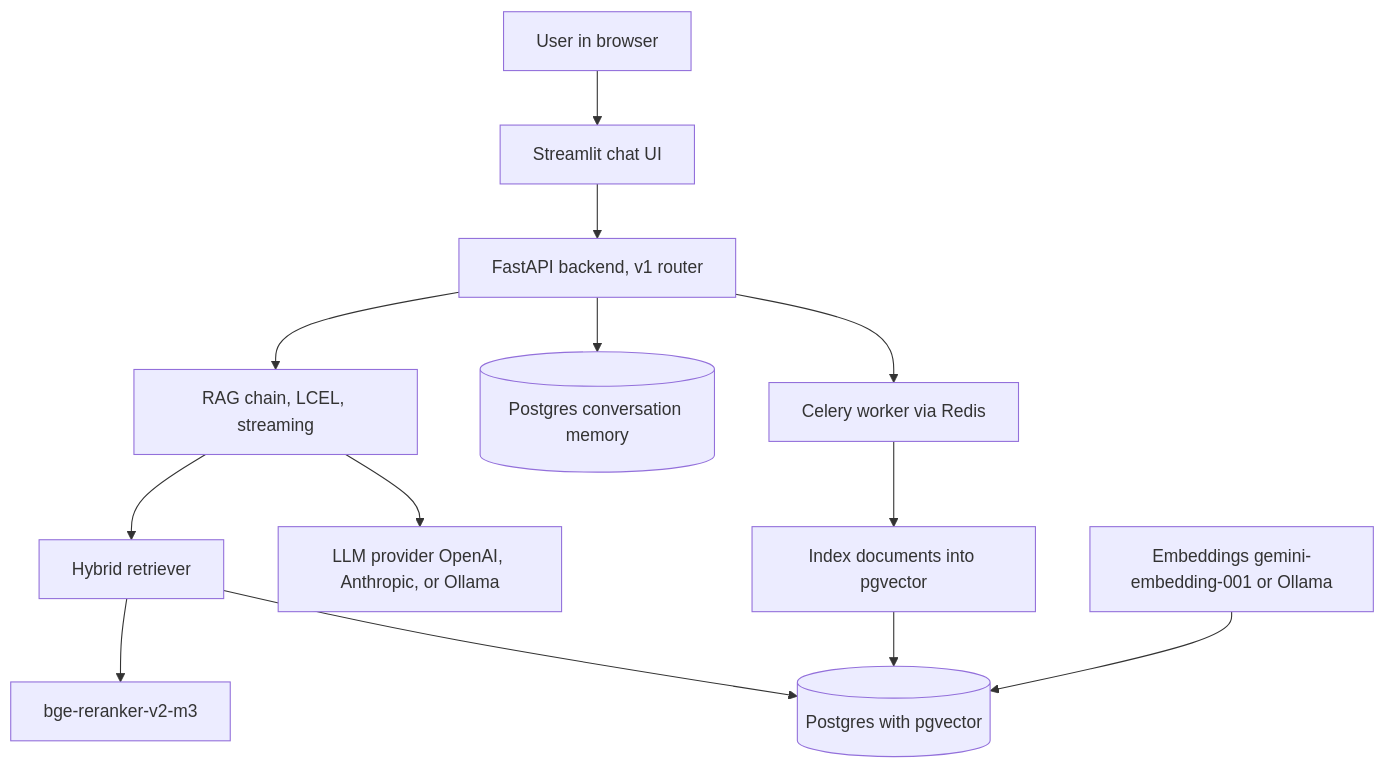
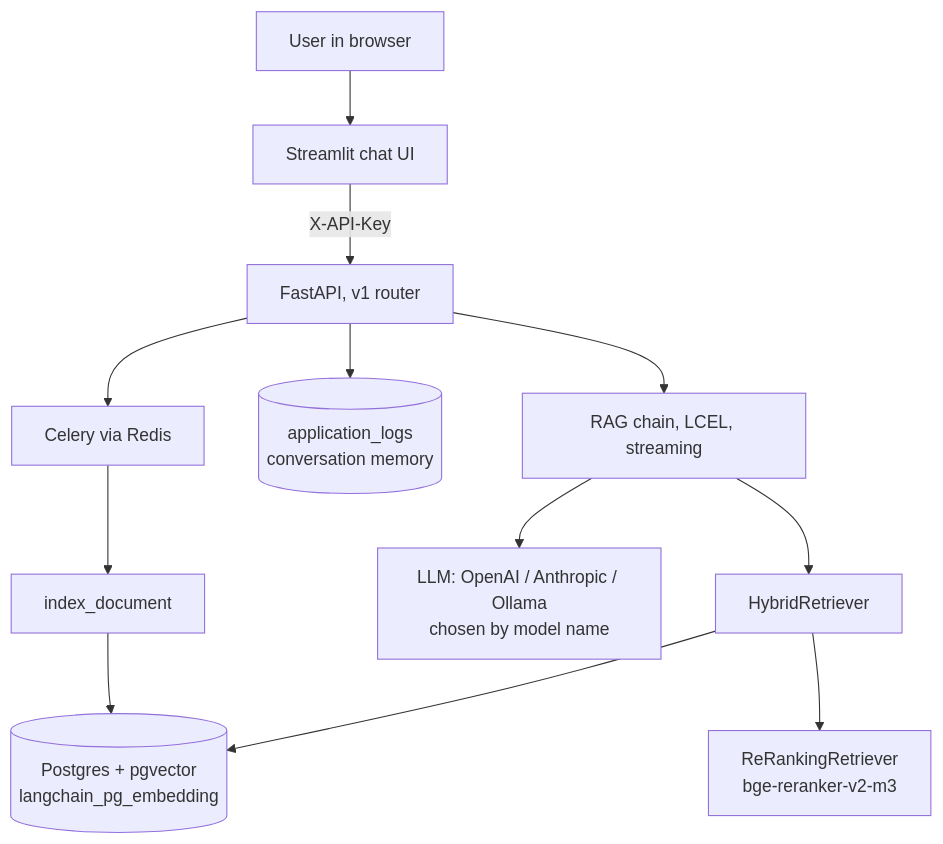
The first of 4 diagrams in README.md (mlvpatel/RagFlowPro), drawn with Mermaid before and after one commit. The commit also changed other lines of this file, not shown here.

Commit message:
Rewrite README: correct the RAGAS claim, repoint names, document the pipelines

````diff
--- a/README.md
+++ b/README.md
@@ -43,15 +29,14 @@
 ```mermaid
 graph TD
     User[User in browser] --> UI[Streamlit chat UI]
-    UI --> API[FastAPI backend, v1 router]
+    UI -->|X-API-Key| API[FastAPI, v1 router]
     API --> Chain[RAG chain, LCEL, streaming]
-    API --> Memory[(Postgres conversation memory)]
-    Chain --> Retriever[Hybrid retriever]
-    Retriever --> PG[(Postgres with pgvector)]
-    Retriever --> Reranker[bge-reranker-v2-m3]
-    Chain --> LLM[LLM provider OpenAI, Anthropic, or Ollama]
-    API --> Queue[Celery worker via Redis]
-    Queue --> Index[Index documents into pgvector]
+    API --> Memory[(application_logs<br/>conversation memory)]
+    Chain --> Retriever[HybridRetriever]
+    Retriever --> PG[(Postgres + pgvector<br/>langchain_pg_embedding)]
+    Retriever --> Reranker[ReRankingRetriever<br/>bge-reranker-v2-m3]
+    Chain --> LLM[LLM: OpenAI / Anthropic / Ollama<br/>chosen by model name]
+    API --> Queue[Celery via Redis]
+    Queue --> Index[index_document]
     Index --> PG
-    Embed[Embeddings gemini-embedding-001 or Ollama] --> PG
 ```
````
